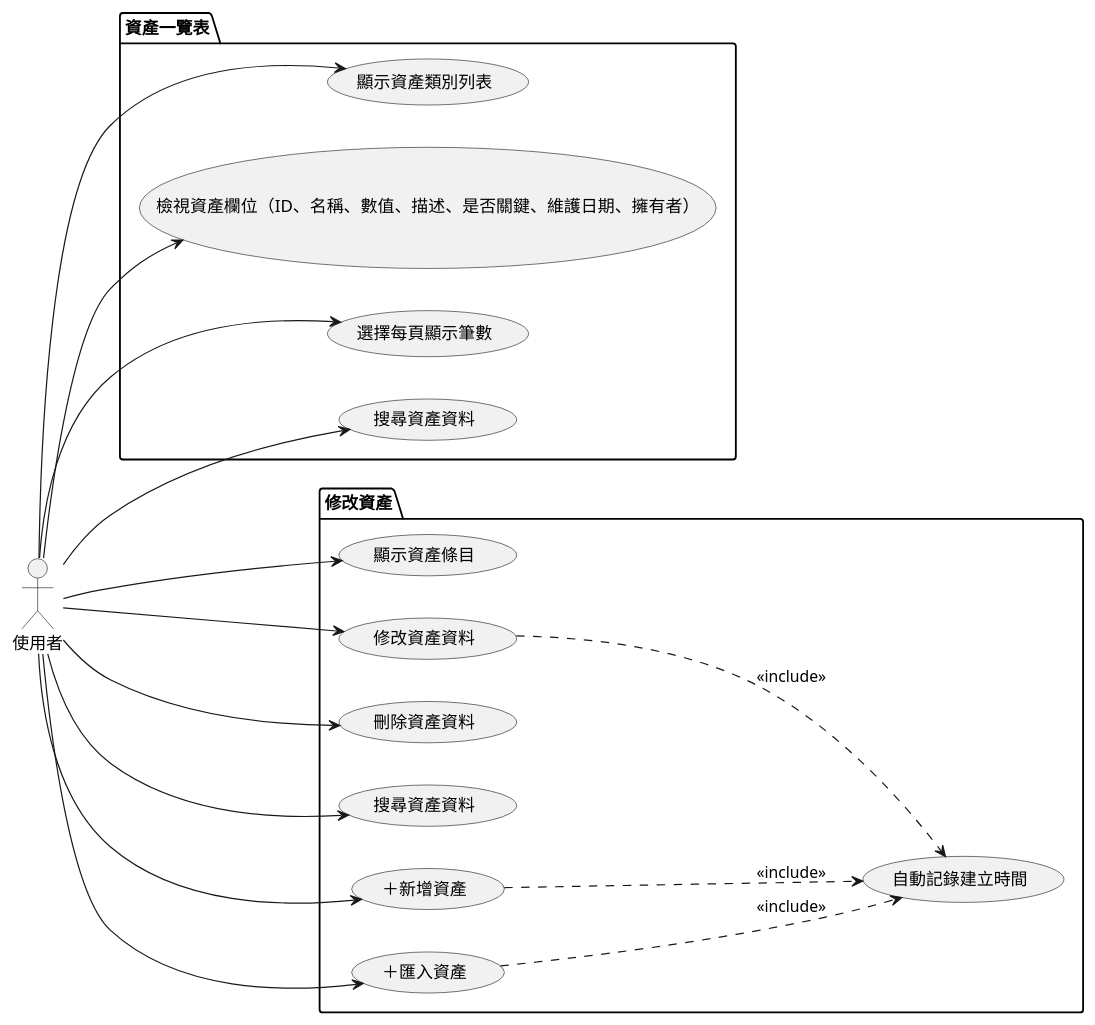
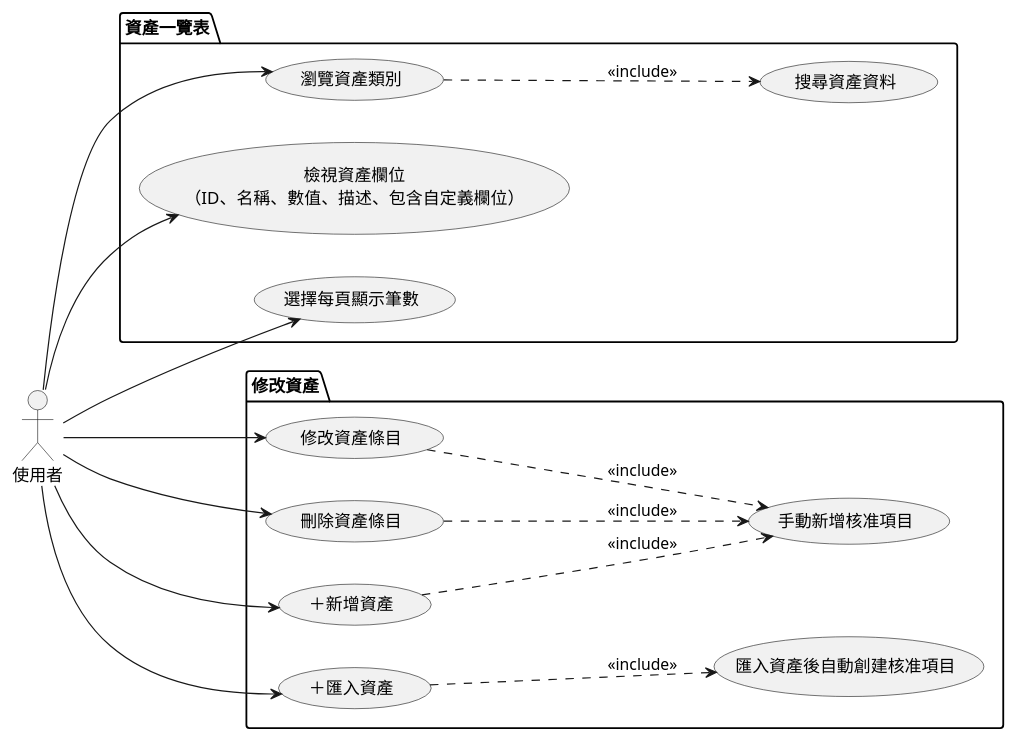
Before and after one commit to walle45611/NTUB_SecuManag_Diagram: the diagram in mermaid/use_case/asset_overview&edit.puml, drawn with PlantUML. The commit also changed 6 other files, not shown here.

Commit message:
(refactor): 更新用例圖，調整用例名稱及關聯以提升清晰度

```diff
--- a/mermaid/use_case/asset_overview&edit.puml
+++ b/mermaid/use_case/asset_overview&edit.puml
@@ -1,39 +1,38 @@
-@startuml
+@startuml asset_overview
 
 left to right direction
 
 actor 使用者
 
 package "資產一覽表" {
-    usecase "顯示資產類別列表" as UC1
-    usecase "檢視資產欄位（ID、名稱、數值、描述、是否關鍵、維護日期、擁有者）" as UC2
+    usecase "瀏覽資產類別" as UC1
+    usecase "檢視資產欄位\n（ID、名稱、數值、描述、包含自定義欄位）" as UC2
     usecase "選擇每頁顯示筆數" as UC3
     usecase "搜尋資產資料" as UC4
 }
 
 package "修改資產" {
-    usecase "顯示資產條目" as UC5
-    usecase "修改資產資料" as UC6
-    usecase "刪除資產資料" as UC7
-    usecase "搜尋資產資料" as UC8
-    usecase "＋新增資產" as UC9
-    usecase "＋匯入資產" as UC10
-    usecase "自動記錄建立時間" as UC11
+    usecase "瀏覽資產類別" as UC1
+    usecase "修改資產條目" as UC5
+    usecase "刪除資產條目" as UC6
+    usecase "＋新增資產" as UC7
+    usecase "＋匯入資產" as UC8
+    usecase "匯入資產後自動創建核准項目" as UC10
+    usecase "手動新增核准項目" as UC11
 }
 
+UC5 .down.> UC11 : <<include>>
 UC6 .down.> UC11 : <<include>>
-UC9 .down.> UC11 : <<include>>
-UC10 .down.> UC11 : <<include>>
+UC7 .down.> UC11 : <<include>>
+UC8 .down.> UC10 : <<include>>
+UC1 .down.> UC4 : <<include>>
 
 使用者 --> UC1
 使用者 --> UC2
 使用者 --> UC3
-使用者 --> UC4
 使用者 --> UC5
 使用者 --> UC6
 使用者 --> UC7
 使用者 --> UC8
-使用者 --> UC9
-使用者 --> UC10
 
 @enduml
```
